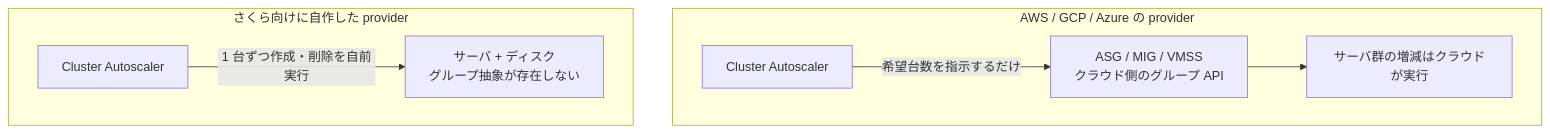
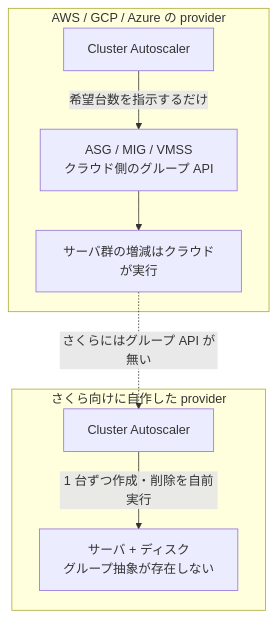
The diagram in articles/031-cluster-autoscaler-sakuracloud-provider.md (shinichitazawa/zenn-articles), drawn with Mermaid before and after one commit. The commit also changed other lines of this file and 6 other files, not shown here.

````diff
--- a/articles/031-cluster-autoscaler-sakuracloud-provider.md
+++ b/articles/031-cluster-autoscaler-sakuracloud-provider.md
@@ -27,10 +27,11 @@
 ```mermaid
 flowchart TB
   subgraph others[AWS / GCP / Azure の provider]
     CA1[Cluster Autoscaler] -->|希望台数を指示するだけ| G[ASG / MIG / VMSS<br/>クラウド側のグループ API]
     G --> S1[サーバ群の増減はクラウドが実行]
   end
   subgraph sakura[さくら向けに自作した provider]
     CA2[Cluster Autoscaler] -->|1 台ずつ作成・削除を自前実行| S2[サーバ + ディスク<br/>グループ抽象が存在しない]
   end
+  S1 -. さくらにはグループ API が無い .-> CA2
 ```
````
